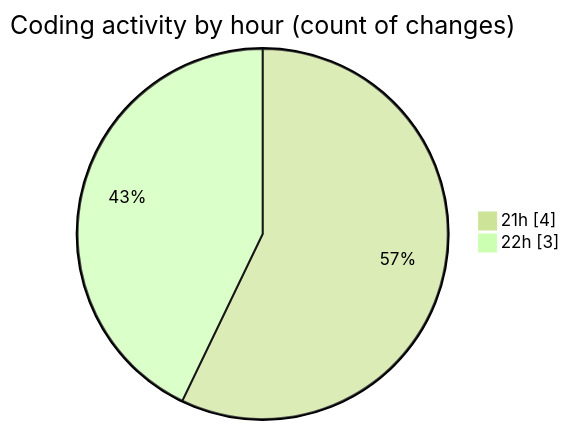
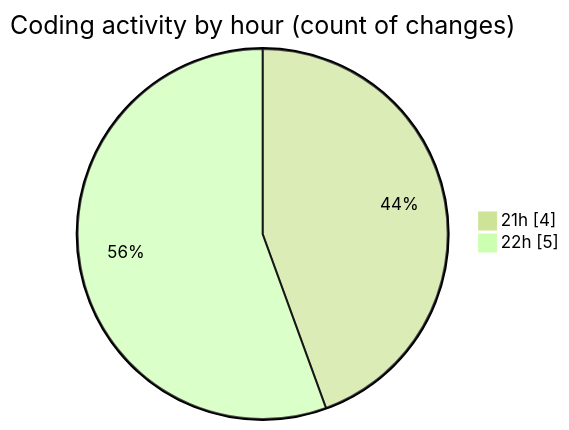
Before and after one commit to yexinjia/code-tracking: the second of 2 diagrams in 2026-07-31/mono-test/README.md, drawn with Mermaid (forest theme). The commit also changed other lines of this file and 1 other file, not shown here.

````diff
--- a/2026-07-31/mono-test/README.md
+++ b/2026-07-31/mono-test/README.md
@@ -30,6 +30,6 @@
 ```mermaid
 pie showData
 title Coding activity by hour (count of changes)
 "21h" : 4
-"22h" : 3
+"22h" : 5
 ```
````
